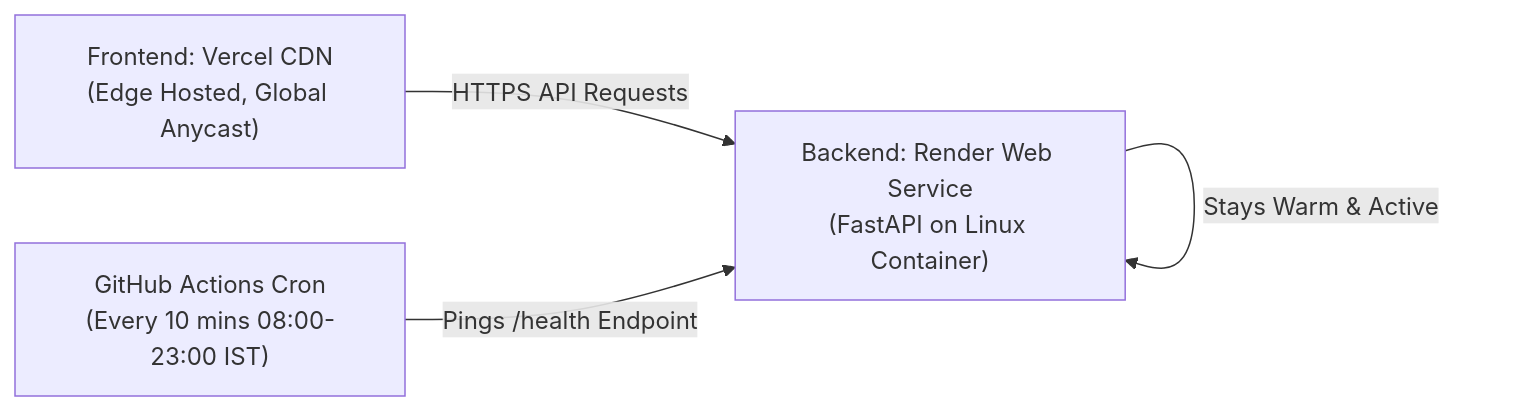
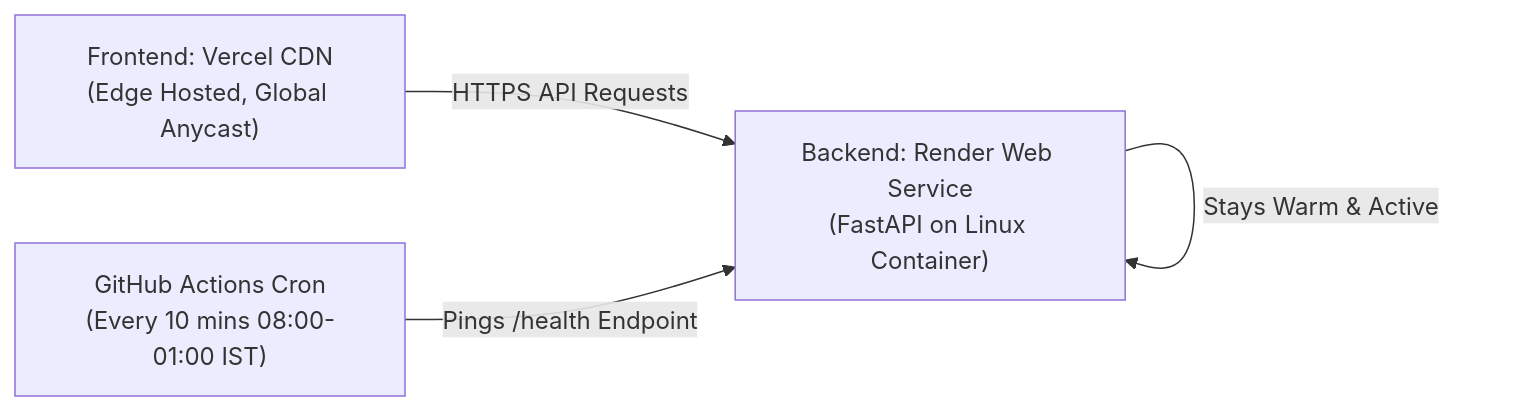
Before and after one commit to RatishPatil37/Prakriti-AI: the fourth of 4 diagrams in knowledge.md, drawn with Mermaid. The commit also changed other lines of this file and 2 other files, not shown here.

````diff
--- a/knowledge.md
+++ b/knowledge.md
@@ -232,10 +232,10 @@
 ```mermaid
 graph LR
     Vercel["Frontend: Vercel CDN<br/>(Edge Hosted, Global Anycast)"]
     Render["Backend: Render Web Service<br/>(FastAPI on Linux Container)"]
-    Cron["GitHub Actions Cron<br/>(Every 10 mins 08:00-23:00 IST)"]
+    Cron["GitHub Actions Cron<br/>(Every 10 mins 08:00-01:00 IST)"]
     
     Vercel -->|HTTPS API Requests| Render
     Cron -->|Pings /health Endpoint| Render
     Render -->|Stays Warm & Active| Render
 ```
````
